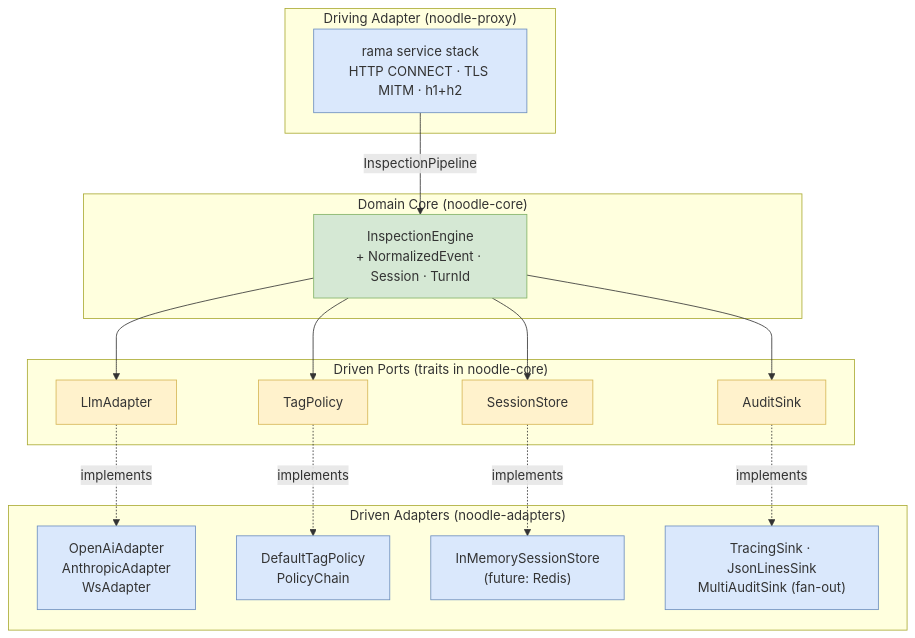
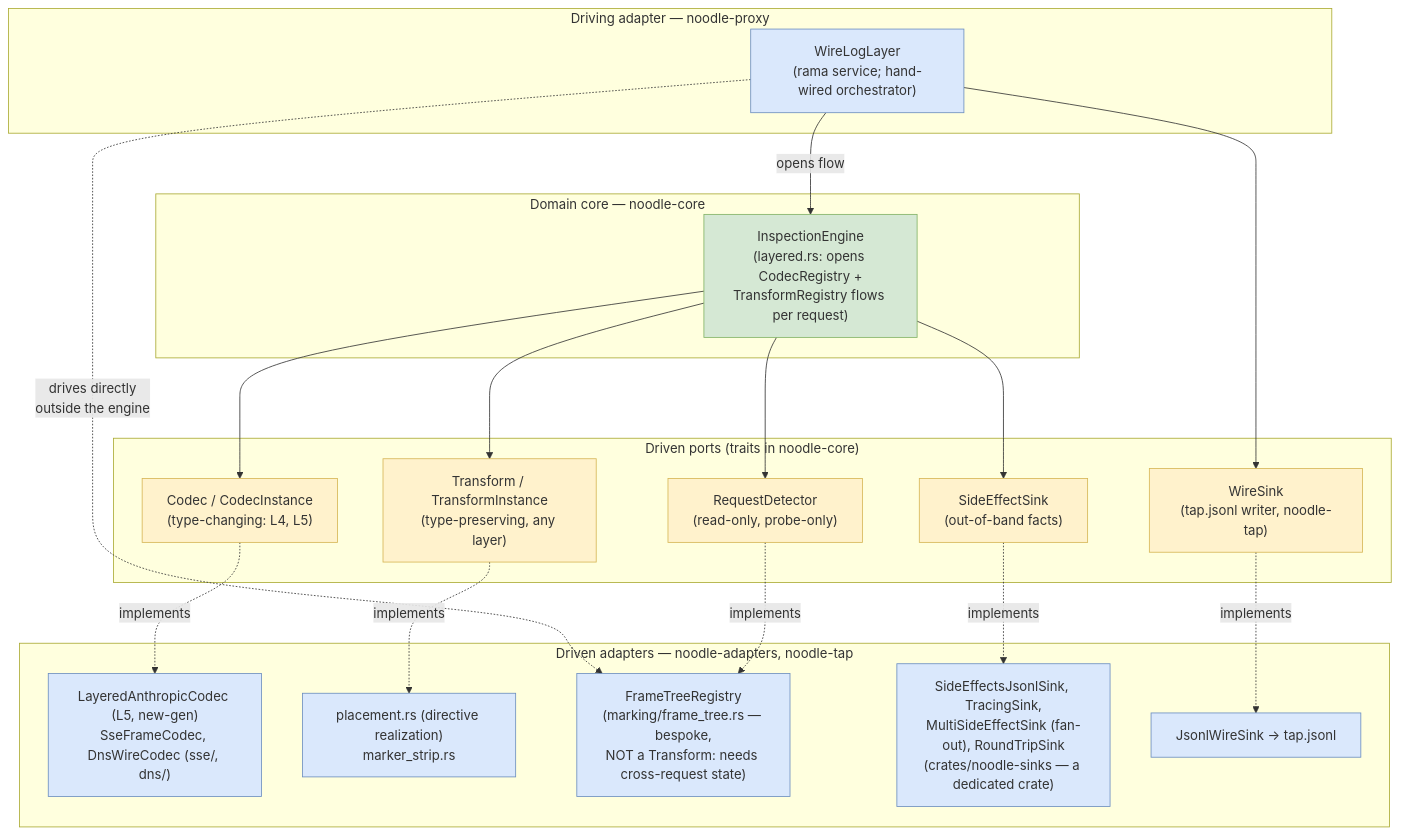
One commit to josephbarnett/noodle changed the second of 7 diagrams in docs/diagrams/flows.md. Above: the diagram before and after it, drawn with Mermaid. The commit also changed other lines of this file and 7 other files, not shown here.

First line of the commit message:
docs: freshness pass on architecture/diagram docs — v1 fictions replaced with as-built (ADR 053) (#22)

````diff
--- a/docs/diagrams/flows.md
+++ b/docs/diagrams/flows.md
@@ -13,38 +61,43 @@
 ```mermaid
 flowchart TB
-    subgraph Driving["Driving Adapter (noodle-proxy)"]
-        Rama["rama service stack<br/>HTTP CONNECT · TLS MITM · h1+h2"]
+    subgraph Driving["Driving adapter — noodle-proxy"]
+        Rama["WireLogLayer<br/>(rama service; hand-wired orchestrator)"]
     end
 
-    subgraph Core["Domain Core (noodle-core)"]
-        Engine["InspectionEngine<br/>+ NormalizedEvent · Session · TurnId"]
+    subgraph Core["Domain core — noodle-core"]
+        Engine["InspectionEngine<br/>(layered.rs: opens CodecRegistry +<br/>TransformRegistry flows per request)"]
     end
 
-    subgraph Ports["Driven Ports (traits in noodle-core)"]
-        P1["LlmAdapter"]
-        P2["TagPolicy"]
-        P3["SessionStore"]
-        P4["AuditSink"]
+    subgraph Ports["Driven ports (traits in noodle-core)"]
+        P1["Codec / CodecInstance<br/>(type-changing: L4, L5)"]
+        P2["Transform / TransformInstance<br/>(type-preserving, any layer)"]
+        P3["RequestDetector<br/>(read-only, probe-only)"]
+        P4["SideEffectSink<br/>(out-of-band facts)"]
+        P5["WireSink<br/>(tap.jsonl writer, noodle-tap)"]
     end
 
-    subgraph DrivenAdapters["Driven Adapters (noodle-adapters)"]
-        A1["OpenAiAdapter<br/>AnthropicAdapter<br/>WsAdapter"]
-        A2["DefaultTagPolicy<br/>PolicyChain"]
-        A3["InMemorySessionStore<br/>(future: Redis)"]
-        A4["TracingSink · JsonLinesSink<br/>MultiAuditSink (fan-out)"]
+    subgraph DrivenAdapters["Driven adapters — noodle-adapters, noodle-tap"]
+        A1["LayeredAnthropicCodec (L5, new-gen)<br/>SseFrameCodec, DnsWireCodec (sse/, dns/)"]
+        A2["placement.rs (directive realization)<br/>marker_strip.rs"]
+        A3["FrameTreeRegistry<br/>(marking/frame_tree.rs — bespoke,<br/>NOT a Transform: needs cross-request state)"]
+        A4["SideEffectsJsonlSink, TracingSink,<br/>MultiSideEffectSink (fan-out), RoundTripSink<br/>(crates/noodle-sinks — a dedicated crate)"]
+        A5["JsonlWireSink → tap.jsonl"]
     end
 
-    Rama -->|InspectionPipeline| Engine
+    Rama -->|opens flow| Engine
+    Rama -.drives directly<br/>outside the engine.-> A3
     Engine --> P1 & P2 & P3 & P4
     P1 -.implements.-> A1
     P2 -.implements.-> A2
     P3 -.implements.-> A3
     P4 -.implements.-> A4
+    P5 -.implements.-> A5
+    Rama --> P5
 
     classDef core fill:#d5e8d4,stroke:#82b366
     classDef port fill:#fff2cc,stroke:#d6b656
     classDef adapter fill:#dae8fc,stroke:#6c8ebf
     class Engine core
-    class P1,P2,P3,P4 port
-    class Rama,A1,A2,A3,A4 adapter
+    class P1,P2,P3,P4,P5 port
+    class Rama,A1,A2,A3,A4,A5 adapter
 ```
````
